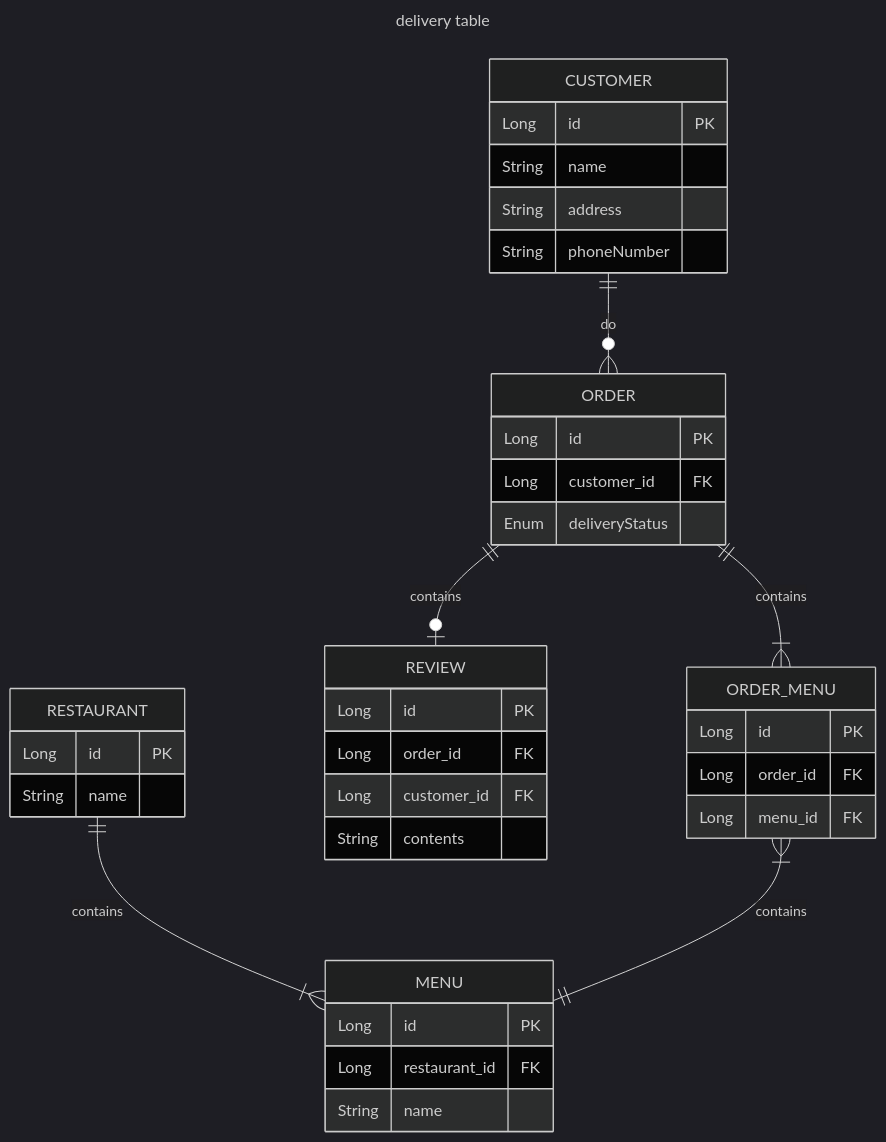
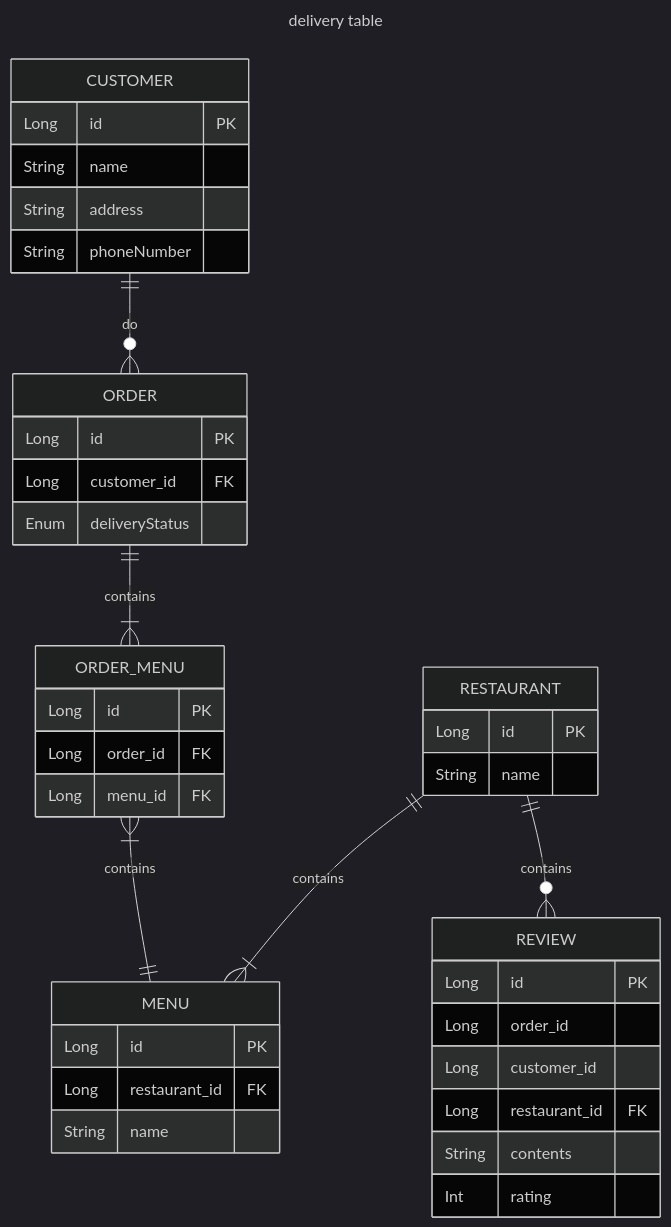
The diagram in README.md (songkg7/delivery-app-sample), drawn with Mermaid (dark theme) before and after one commit.

````diff
--- a/README.md
+++ b/README.md
@@ -27,42 +27,44 @@
 ```mermaid
 ---
 title: delivery table
 ---
 erDiagram
     CUSTOMER ||--o{ ORDER: do
     CUSTOMER {
         Long id PK
         String name
         String address
         String phoneNumber
     }
     ORDER ||--|{ ORDER_MENU: contains
     ORDER {
         Long id PK
         Long customer_id FK
         Enum deliveryStatus
     }
-    ORDER ||--o| REVIEW: contains
+    RESTAURANT ||--o{ REVIEW: contains
     REVIEW {
         Long id PK
-        Long order_id FK
-        Long customer_id FK
+        Long order_id
+        Long customer_id
+        Long restaurant_id FK
         String contents
+        Int rating
     }
     RESTAURANT ||--|{ MENU: contains
     RESTAURANT {
         Long id PK
         String name
     }
     MENU {
         Long id PK
         Long restaurant_id FK
         String name
     }
     ORDER_MENU {
         Long id PK
         Long order_id FK
         Long menu_id FK
     }
     ORDER_MENU }|--|| MENU: contains
 ```
````
